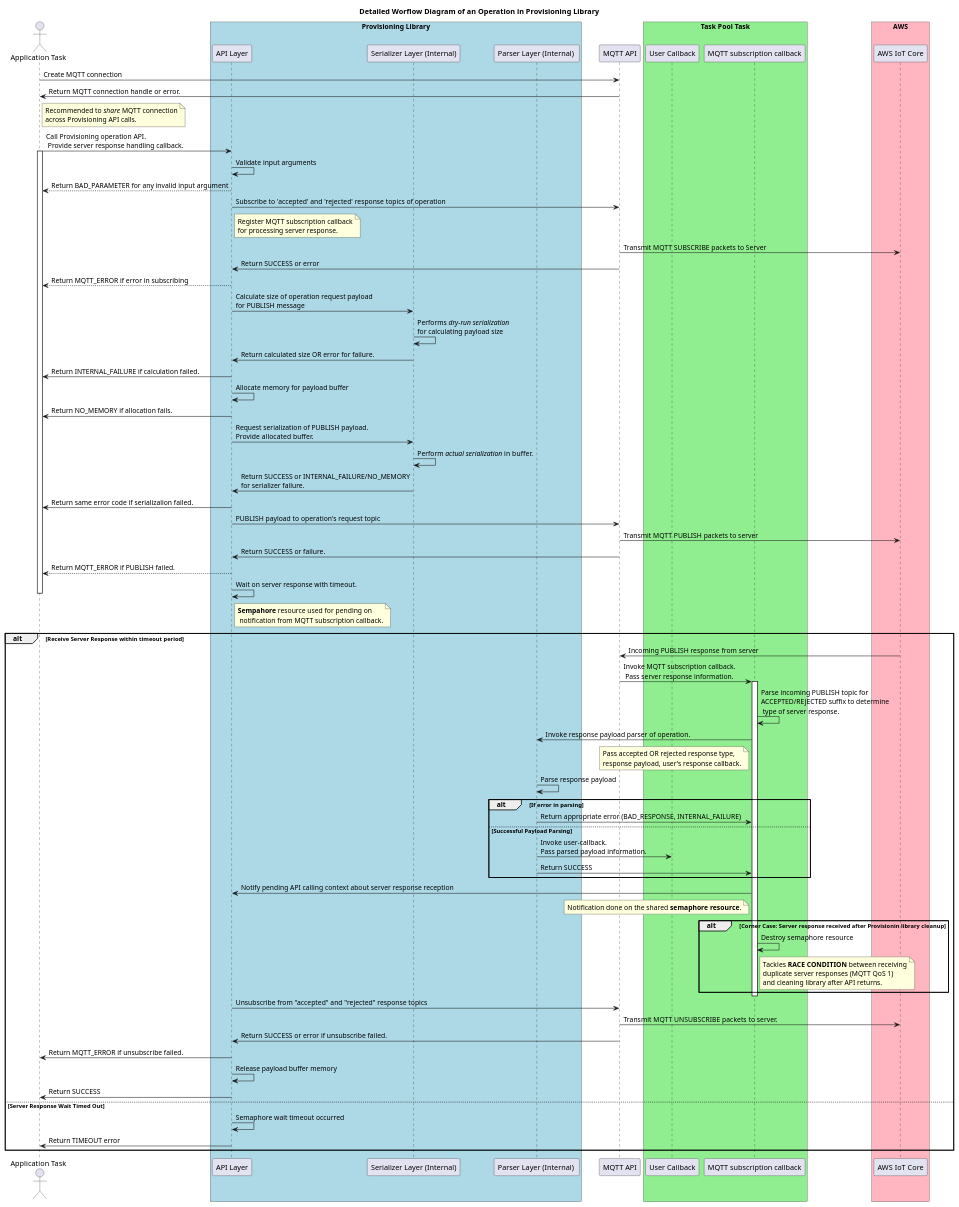
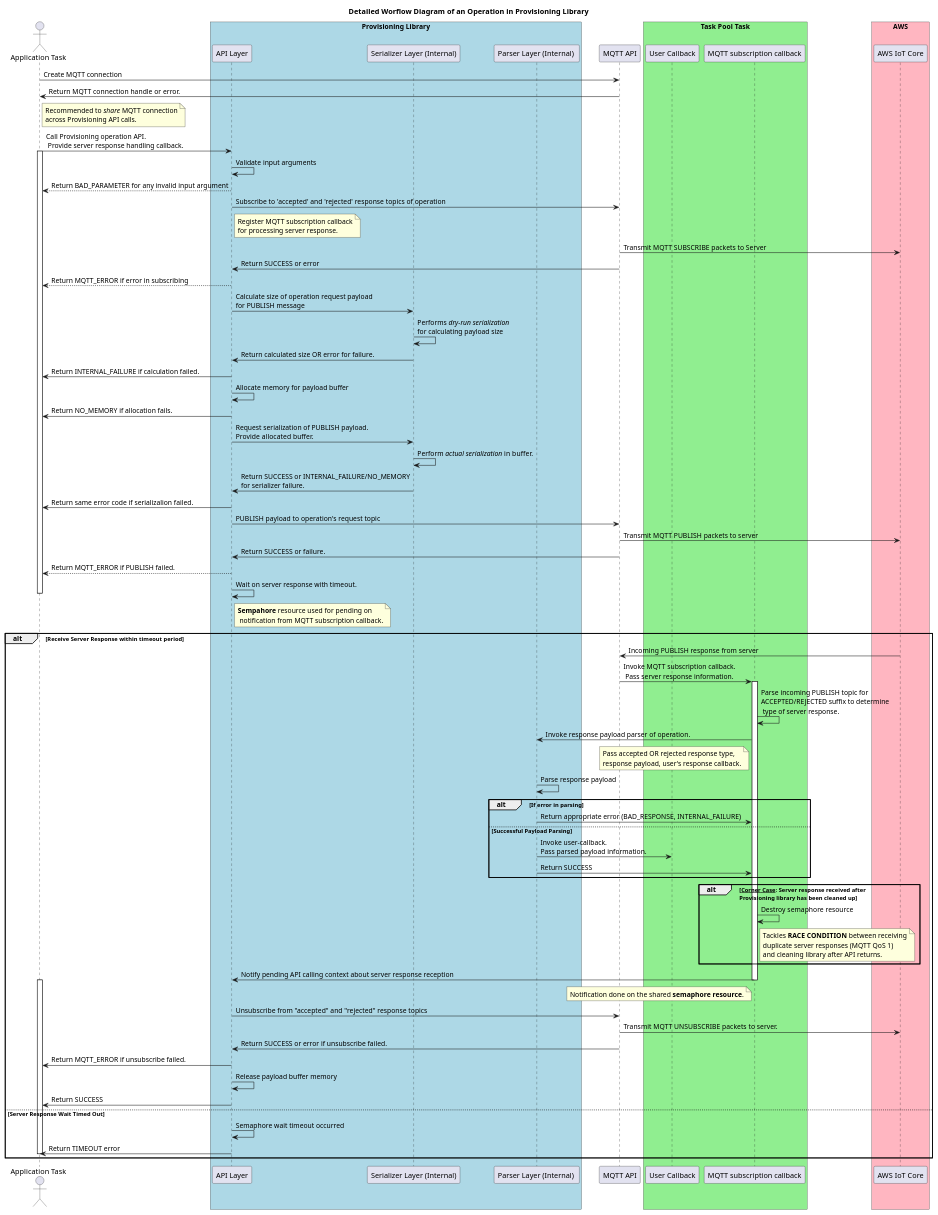
Before and after one commit to aws/aws-iot-device-sdk-embedded-C: the diagram in doc/plantuml/provisioning_operation_detailed_design.pu, drawn with PlantUML. The commit also changed 1 other file, not shown here.

Commit message:
Fix PlantUML rendering issue in detailed design diagram

```diff
--- a/doc/plantuml/provisioning_operation_detailed_design.pu
+++ b/doc/plantuml/provisioning_operation_detailed_design.pu
@@ -1,102 +1,103 @@
 @startuml
 
 title Detailed Worflow Diagram of an Operation in Provisioning Library
 
 skinparam classFontSize 8
 skinparam classFontName Helvetica
 
 actor "Application Task" as app
 
 box "Provisioning Library" #LightBlue
 participant "API Layer" as provisioning
 participant "Serializer Layer (Internal)" as serializer
 participant "Parser Layer (Internal) " as parser
 end box
 
 participant "MQTT API" as mqtt
 
 box "Task Pool Task" #LightGreen
 participant "User Callback" as userCallback
 participant "MQTT subscription callback" as callback
 end box
 
 box "AWS" #LightPink
 participant "AWS IoT Core" as aws
 end box
 
 app -> mqtt: Create MQTT connection
 mqtt -> app: Return MQTT connection handle or error.
 note right of app: Recommended to <i>share</i> MQTT connection\nacross Provisioning API calls.
 
 app -> provisioning: Call Provisioning operation API.\n Provide server response handling callback.
 activate app
 
 provisioning -> provisioning: Validate input arguments
 provisioning --> app: Return BAD_PARAMETER for any invalid input argument
 
 provisioning -> mqtt: Subscribe to 'accepted' and 'rejected' response topics of operation
 note right of provisioning: Register MQTT subscription callback\nfor processing server response.
 
 mqtt -> aws: Transmit MQTT SUBSCRIBE packets to Server
 mqtt -> provisioning: Return SUCCESS or error
 provisioning --> app: Return MQTT_ERROR if error in subscribing
 
 provisioning -> serializer: Calculate size of operation request payload\nfor PUBLISH message
 serializer -> serializer: Performs <i>dry-run serialization</i>\nfor calculating payload size
 serializer -> provisioning: Return calculated size OR error for failure.
 provisioning -> app: Return INTERNAL_FAILURE if calculation failed.
 
 provisioning -> provisioning: Allocate memory for payload buffer
 provisioning -> app: Return NO_MEMORY if allocation fails.
 
 provisioning -> serializer: Request serialization of PUBLISH payload. \nProvide allocated buffer.  
 serializer -> serializer: Perform <i>actual serialization</i> in buffer.
 serializer -> provisioning: Return SUCCESS or INTERNAL_FAILURE/NO_MEMORY\nfor serializer failure.
 provisioning -> app: Return same error code if serializalion failed.
 
 provisioning -> mqtt: PUBLISH payload to operation's request topic
 mqtt -> aws: Transmit MQTT PUBLISH packets to server
 mqtt -> provisioning: Return SUCCESS or failure.
 provisioning --> app: Return MQTT_ERROR if PUBLISH failed.
 
 provisioning -> provisioning: Wait on server response with timeout.
 note right of provisioning: <b>Sempahore</b> resource used for pending on\n notification from MQTT subscription callback.
+deactivate app
 alt Receive Server Response within timeout period
-deactivate app
 aws -> mqtt : Incoming PUBLISH response from server
 mqtt -> callback: Invoke MQTT subscription callback.\n Pass server response information.
 activate callback
 callback -> callback: Parse incoming PUBLISH topic for\nACCEPTED/REJECTED suffix to determine\n type of server response.
 callback -> parser: Invoke response payload parser of operation.
 note left of callback: Pass accepted OR rejected response type,\nresponse payload, user's response callback.
 parser -> parser: Parse response payload
 alt If error in parsing
 parser -> callback: Return appropriate error (BAD_RESPONSE, INTERNAL_FAILURE)
 else Successful Payload Parsing
 parser -> userCallback: Invoke user-callback.\nPass parsed payload information.
 parser -> callback: Return SUCCESS
 end alt
-callback -> provisioning: Notify pending API calling context about server response reception
-note left of callback: Notification done on the shared <b>semaphore resource</b>.
-alt Corner Case: Server response received after Provisionin library cleanup
+alt <u>Corner Case</u>: Server response received after\nProvisioning library has been cleaned up
 callback -> callback: Destroy semaphore resource
 note right of callback: Tackles <b>RACE CONDITION</b> between receiving\nduplicate server responses (MQTT QoS 1)\nand cleaning library after API returns.
 end alt
+callback -> provisioning: Notify pending API calling context about server response reception
+note left of callback: Notification done on the shared <b>semaphore resource</b>.
+
 deactivate callback
 activate app
 
 provisioning -> mqtt: Unsubscribe from "accepted" and "rejected" response topics
 mqtt -> aws: Transmit MQTT UNSUBSCRIBE packets to server.
 mqtt -> provisioning: Return SUCCESS or error if unsubscribe failed.
 provisioning -> app: Return MQTT_ERROR if unsubscribe failed.
 
 provisioning -> provisioning: Release payload buffer memory
 provisioning -> app: Return SUCCESS
 
 else Server Response Wait Timed Out
 provisioning -> provisioning: Semaphore wait timeout occurred
 provisioning -> app: Return TIMEOUT error
+deactivate app
 end alt
-deactivate app
 
 @enduml
```
